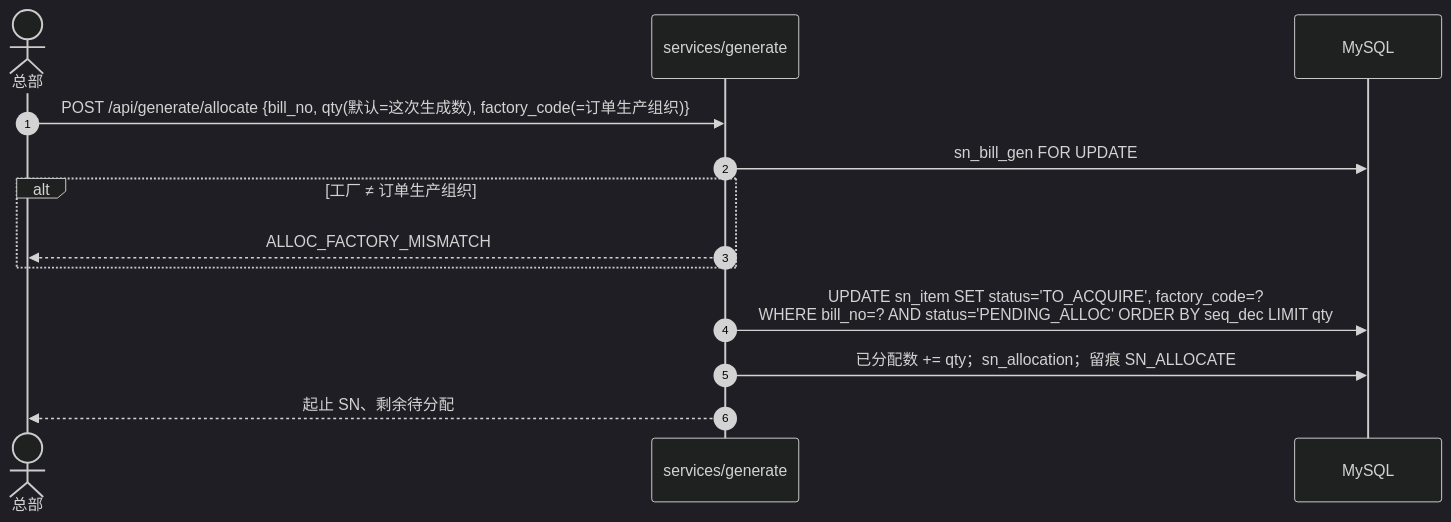
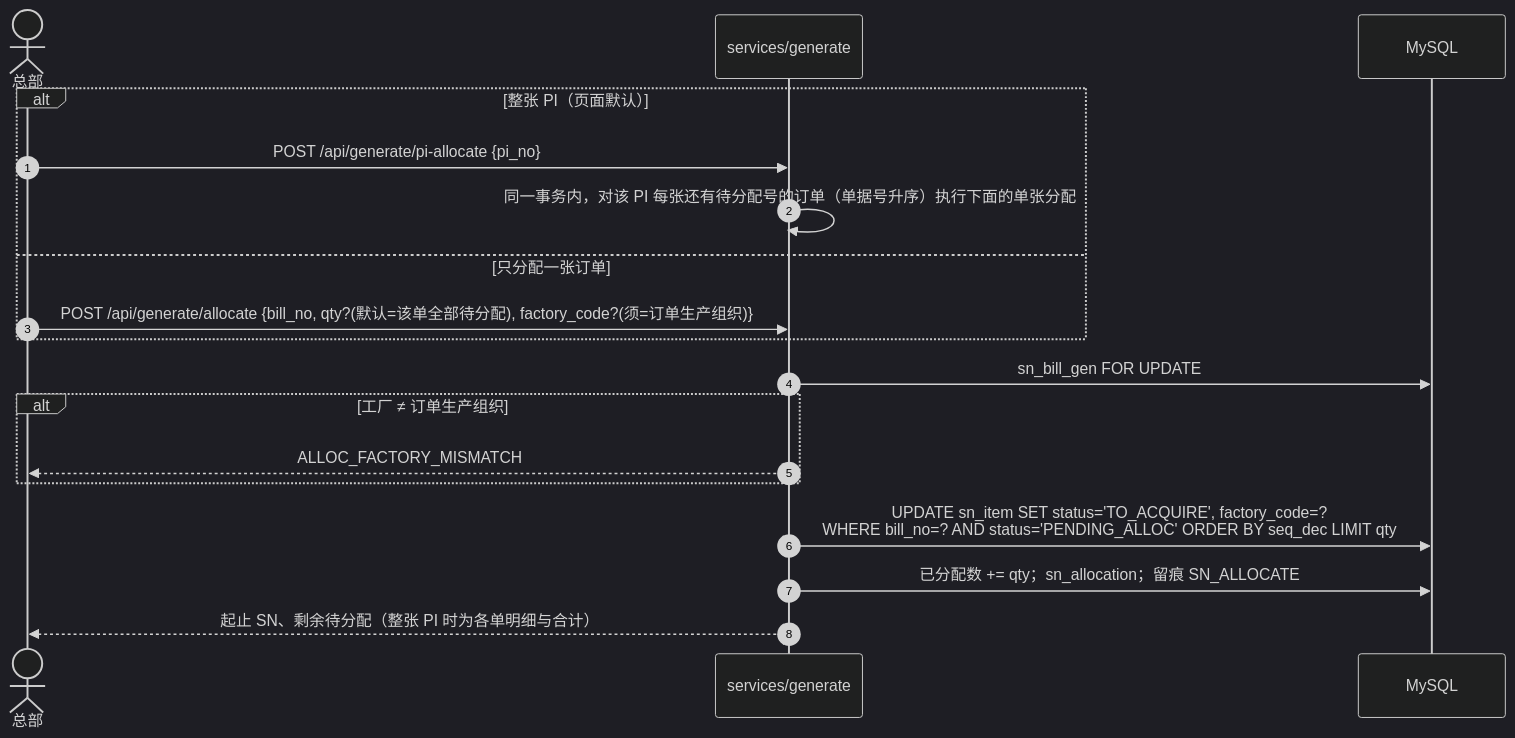
One commit to Createsnow/sn-center changed the eighth of 13 diagrams in docs/技术文档.md. Above: the diagram before and after it, drawn with Mermaid (dark theme). The commit also changed other lines of this file and 27 other files, not shown here.

First line of the commit message:
文档：逐份对照代码校对其余文档，重画过期的架构图

````diff
--- a/docs/技术文档.md
+++ b/docs/技术文档.md
@@ -284,15 +293,20 @@
 ```mermaid
 sequenceDiagram
     autonumber
     actor H as 总部
     participant G as services/generate
     participant DB as MySQL
-    H->>G: POST /api/generate/allocate {bill_no, qty(默认=这次生成数), factory_code(=订单生产组织)}
+    alt 整张 PI（页面默认）
+        H->>G: POST /api/generate/pi-allocate {pi_no}
+        G->>G: 同一事务内，对该 PI 每张还有待分配号的订单（单据号升序）执行下面的单张分配
+    else 只分配一张订单
+        H->>G: POST /api/generate/allocate {bill_no, qty?(默认=该单全部待分配), factory_code?(须=订单生产组织)}
+    end
     G->>DB: sn_bill_gen FOR UPDATE
     alt 工厂 ≠ 订单生产组织
         G-->>H: ALLOC_FACTORY_MISMATCH
     end
     G->>DB: UPDATE sn_item SET status='TO_ACQUIRE', factory_code=? <br/>WHERE bill_no=? AND status='PENDING_ALLOC' ORDER BY seq_dec LIMIT qty
     G->>DB: 已分配数 += qty；sn_allocation；留痕 SN_ALLOCATE
-    G-->>H: 起止 SN、剩余待分配
+    G-->>H: 起止 SN、剩余待分配（整张 PI 时为各单明细与合计）
 ```
````
